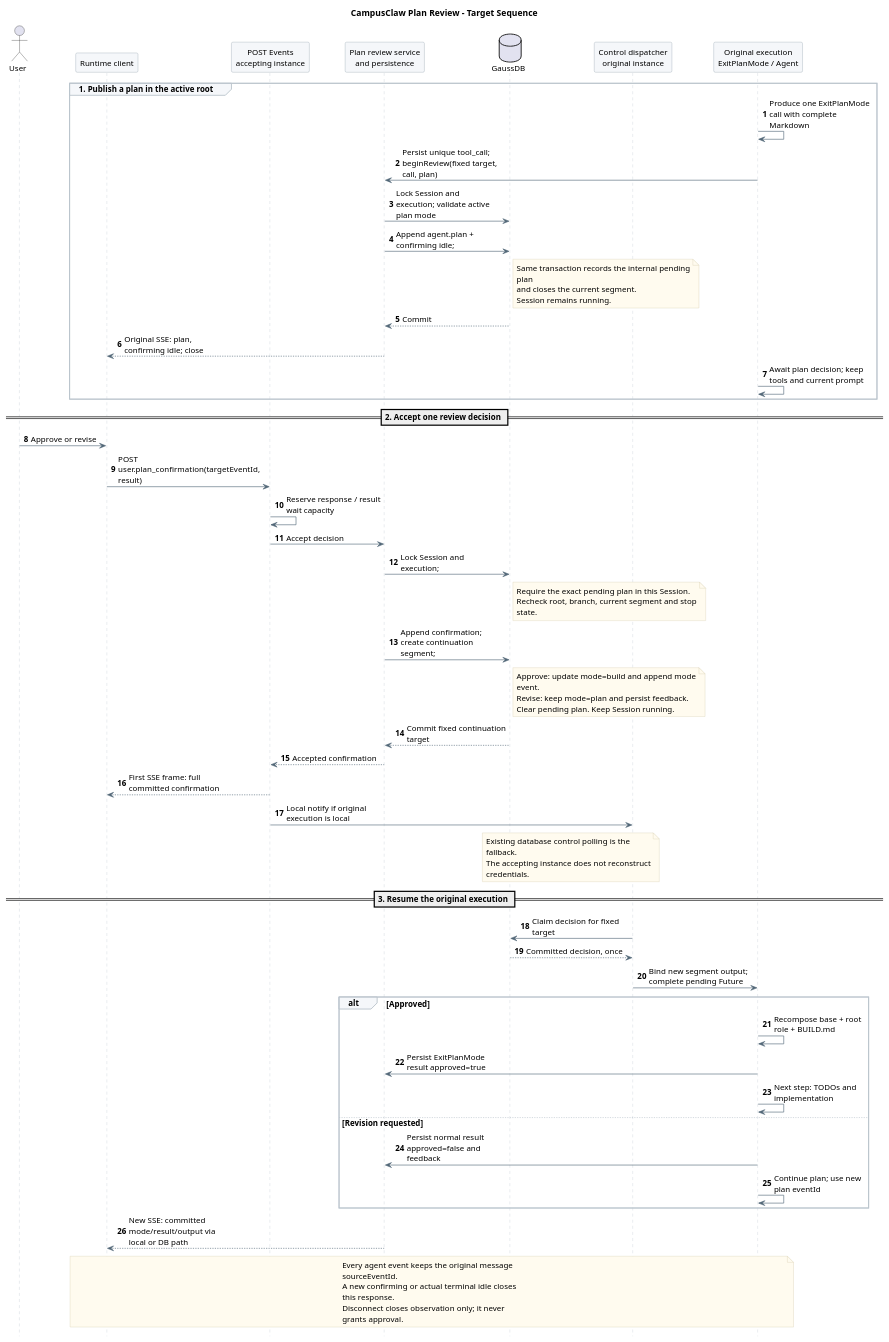
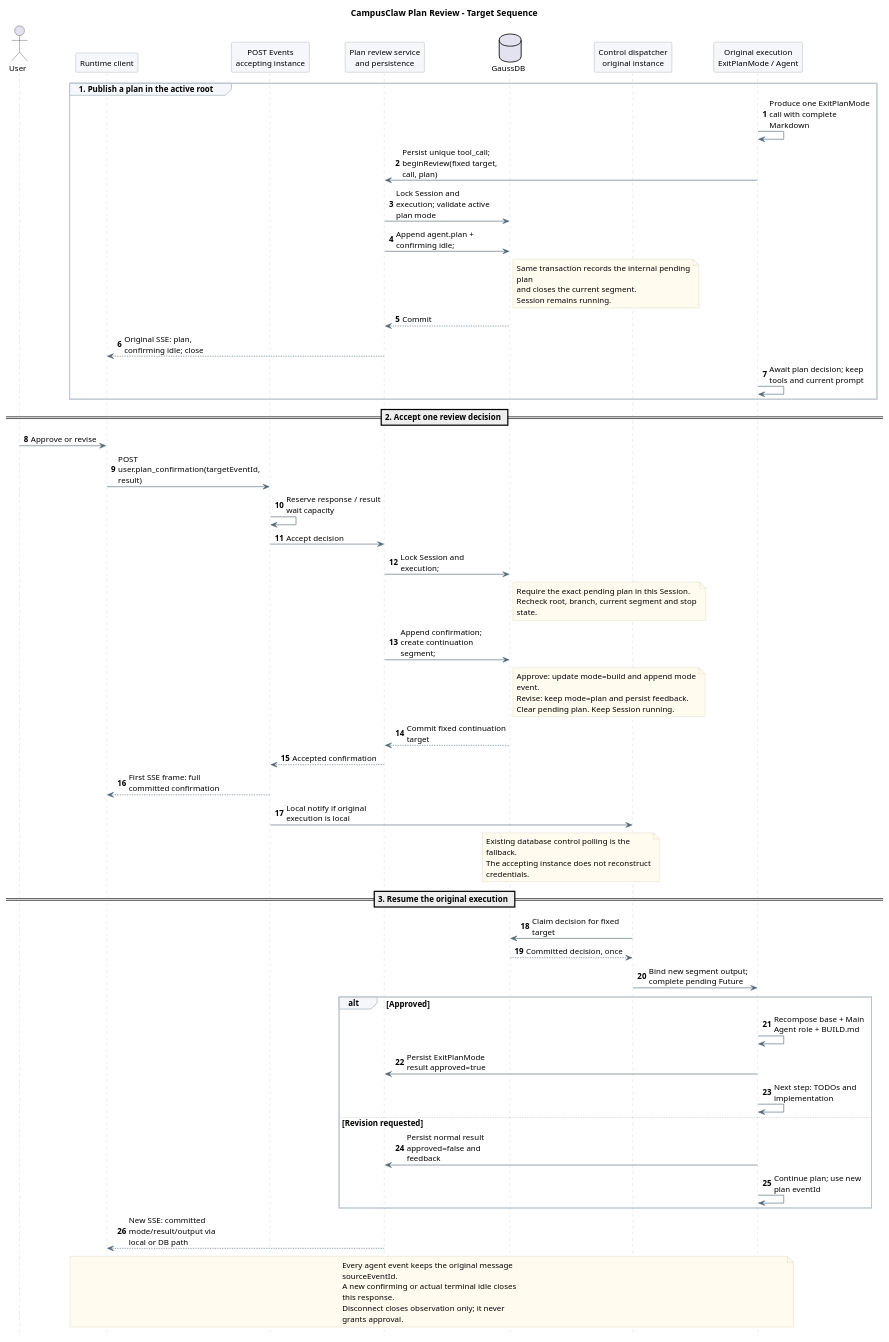
Before and after one commit to ssm0808/pi-mono-java-design: the second of 6 diagrams in 01-总体架构/06-CampusClaw计划模式/diagram.puml, drawn with PlantUML. The commit also changed other lines of this file and 8 other files, not shown here.

Commit message:
docs(plan): 统一 Main Agent 与 Subagent 角色名称

```diff
--- a/01-总体架构/06-CampusClaw计划模式/diagram.puml
+++ b/01-总体架构/06-CampusClaw计划模式/diagram.puml
@@ -275,99 +275,99 @@
 @startuml plan_mode_review_sequence
 skinparam backgroundColor white
 skinparam defaultFontName SansSerif
 skinparam defaultFontSize 13
 skinparam shadowing false
 skinparam sequenceMessageAlign left
 skinparam maxMessageSize 165
 skinparam sequenceArrowColor #526777
 skinparam sequenceLifeLineBorderColor #BAC4CC
 skinparam sequenceParticipantBackgroundColor #F5F7FA
 skinparam sequenceParticipantBorderColor #8496A4
 skinparam sequenceGroupBackgroundColor #F5F7FA
 skinparam sequenceGroupBorderColor #BAC4CC
 skinparam noteBackgroundColor #FFFBEF
 skinparam noteBorderColor #D2C6A5
 hide footbox
 autonumber
 ' Source baseline: pi-mono-java 09b32d8ea4a4b43b34be302d8b2745bdc417c9a2.
 ' Source: modules/coding-agent-cli/src/main/java/com/campusclaw/codingagent/runtimeapi/event/RuntimeControlEventService.java :: accept.
 ' Source: modules/coding-agent-cli/src/main/java/com/campusclaw/codingagent/runtimeapi/persistence/MyBatisRuntimeExecutionControlRepository.java :: markConfirming, acceptConfirmation, claimConfirmation.
 ' Source: modules/coding-agent-cli/src/main/java/com/campusclaw/codingagent/runtimeapi/runtime/RuntimeSessionControlDispatcher.java :: dispatchConfirmation.
 ' Observed behavior: tool confirmation closes one response and resumes through a new fixed segment.
 ' Design reason: target-only plan review reuses this transport and durable handoff.
 ' Java divergence: immutable plan event identity is the approval target; tool permissions remain separate.
 title CampusClaw Plan Review - Target Sequence
 actor User
 participant "Runtime client" as UI
 participant "POST Events\naccepting instance" as API
 participant "Plan review service\nand persistence" as Service
 database GaussDB as DB
 participant "Control dispatcher\noriginal instance" as Dispatcher
 participant "Original execution\nExitPlanMode / Agent" as Agent
 
 group 1. Publish a plan in the active root
   Agent -> Agent : Produce one ExitPlanMode call with complete Markdown
   Agent -> Service : Persist unique tool_call; beginReview(fixed target, call, plan)
   Service -> DB : Lock Session and execution; validate active plan mode
   Service -> DB : Append agent.plan + confirming idle;
   note right of DB
   Same transaction records the internal pending
   plan
   and closes the current segment.
   Session remains running.
   end note
   DB --> Service : Commit
   Service --> UI : Original SSE: plan, confirming idle; close
   Agent -> Agent : Await plan decision; keep tools and current prompt
 end
 
 == 2. Accept one review decision ==
 User -> UI : Approve or revise
 UI -> API : POST user.plan_confirmation(targetEventId, result)
 API -> API : Reserve response / result wait capacity
 API -> Service : Accept decision
 Service -> DB : Lock Session and execution;
 note right of DB
   Require the exact pending plan in this Session.
   Recheck root, branch, current segment and stop
   state.
 end note
 Service -> DB : Append confirmation; create continuation segment;
 note right of DB
   Approve: update mode=build and append mode
   event.
   Revise: keep mode=plan and persist feedback.
   Clear pending plan. Keep Session running.
 end note
 DB --> Service : Commit fixed continuation target
 Service --> API : Accepted confirmation
 API --> UI : First SSE frame: full committed confirmation
 API -> Dispatcher : Local notify if original execution is local
 note over DB,Dispatcher
   Existing database control polling is the
   fallback.
   The accepting instance does not reconstruct
   credentials.
 end note
 == 3. Resume the original execution ==
 Dispatcher -> DB : Claim decision for fixed target
 DB --> Dispatcher : Committed decision, once
 Dispatcher -> Agent : Bind new segment output; complete pending Future
 alt Approved
-  Agent -> Agent : Recompose base + root role + BUILD.md
+  Agent -> Agent : Recompose base + Main Agent role + BUILD.md
   Agent -> Service : Persist ExitPlanMode result approved=true
   Agent -> Agent : Next step: TODOs and implementation
 else Revision requested
   Agent -> Service : Persist normal result approved=false and feedback
   Agent -> Agent : Continue plan; use new plan eventId
 end
 Service --> UI : New SSE: committed mode/result/output via local or DB path
 note over UI,Agent
   Every agent event keeps the original message
   sourceEventId.
   A new confirming or actual terminal idle closes
   this response.
   Disconnect closes observation only; it never
   grants approval.
 end note
 @enduml
```
